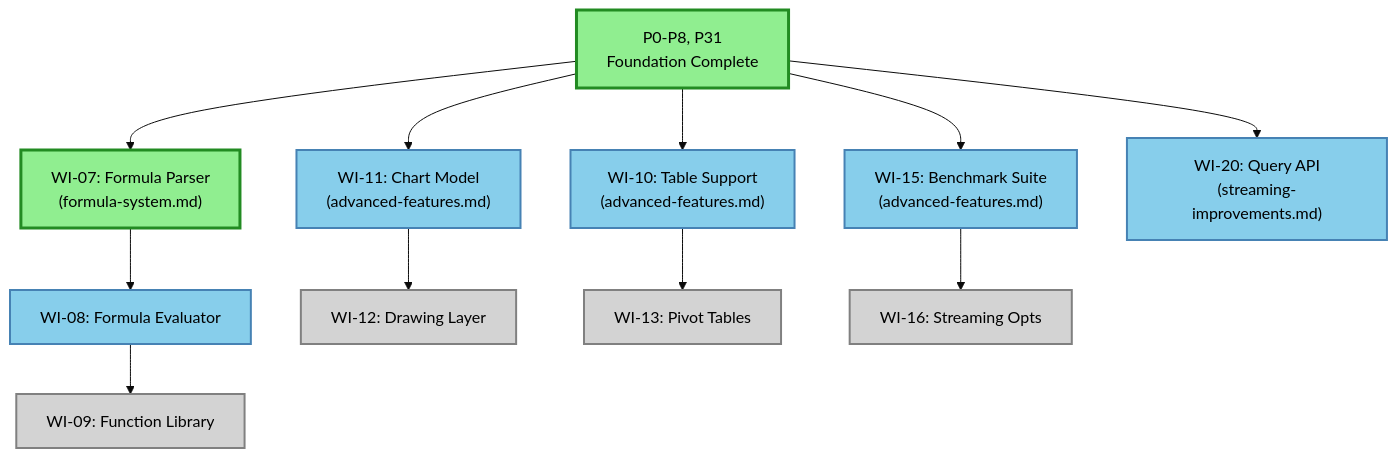
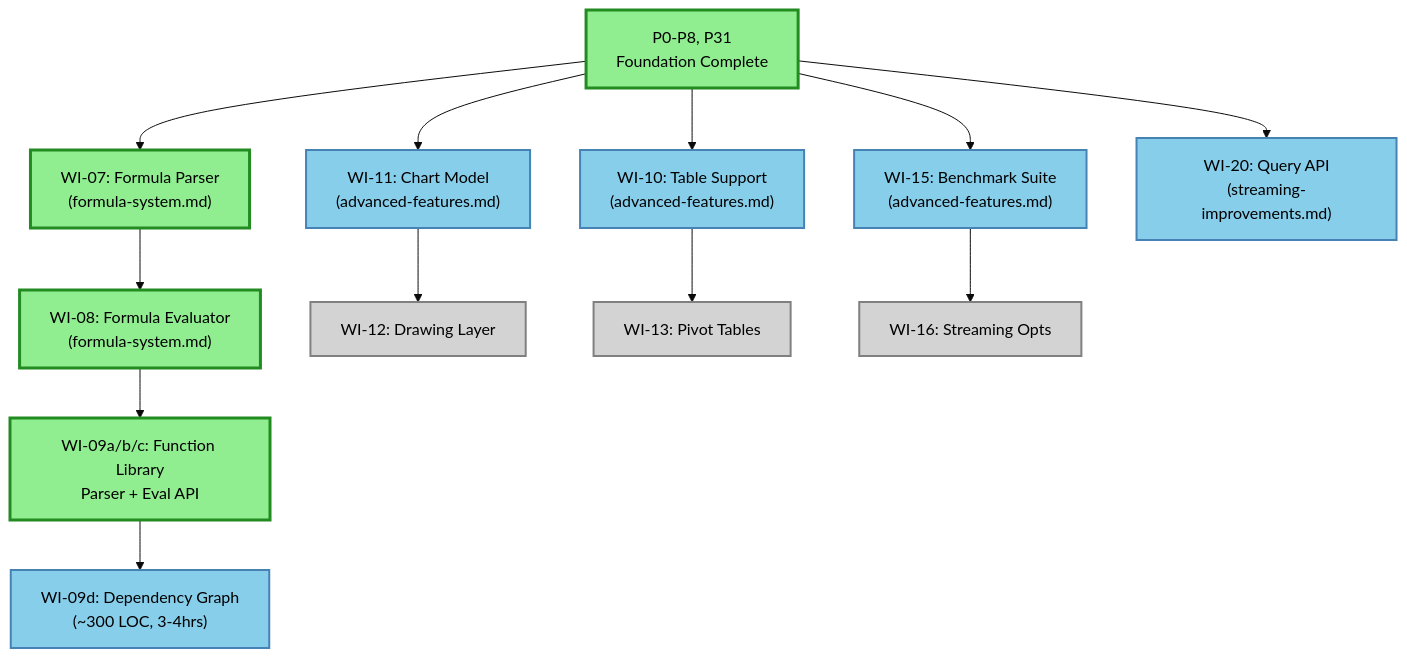
Before and after one commit to TJC-LP/xl: the diagram in docs/plan/roadmap.md, drawn with Mermaid (base theme). The commit also changed other lines of this file and 2 other files, not shown here.

First line of the commit message:
docs: update for WI-09 completion (formula system fully operational)

````diff
--- a/docs/plan/roadmap.md
+++ b/docs/plan/roadmap.md
@@ -24,37 +24,39 @@
 ```mermaid
 graph TB
     %% Completed work (green)
     P0["P0-P8, P31<br/>Foundation Complete"]:::completed
     WI07["WI-07: Formula Parser<br/>(formula-system.md)"]:::completed
+    WI08["WI-08: Formula Evaluator<br/>(formula-system.md)"]:::completed
+    WI09["WI-09a/b/c: Function Library<br/>Parser + Eval API"]:::completed
 
     %% Available work (blue - ready to start)
-    WI08["WI-08: Formula Evaluator"]:::available
+    WI09d["WI-09d: Dependency Graph<br/>(~300 LOC, 3-4hrs)"]:::available
     WI10["WI-10: Table Support<br/>(advanced-features.md)"]:::available
     WI11["WI-11: Chart Model<br/>(advanced-features.md)"]:::available
     WI15["WI-15: Benchmark Suite<br/>(advanced-features.md)"]:::available
     WI20["WI-20: Query API<br/>(streaming-improvements.md)"]:::available
 
     %% Blocked work (gray - waiting on dependencies)
-    WI09["WI-09: Function Library"]:::blocked
     WI12["WI-12: Drawing Layer"]:::blocked
     WI13["WI-13: Pivot Tables"]:::blocked
     WI16["WI-16: Streaming Opts"]:::blocked
 
     %% Dependencies
     P0 --> WI07
     P0 --> WI10
     P0 --> WI11
     P0 --> WI15
     P0 --> WI20
 
     WI07 --> WI08
     WI08 --> WI09
+    WI09 --> WI09d
     WI11 --> WI12
     WI10 --> WI13
     WI15 --> WI16
 
     %% Style definitions
     classDef completed fill:#90EE90,stroke:#228B22,stroke-width:3px,color:#000
     classDef available fill:#87CEEB,stroke:#4682B4,stroke-width:2px,color:#000
     classDef blocked fill:#D3D3D3,stroke:#808080,stroke-width:2px,color:#000
 ```
````
